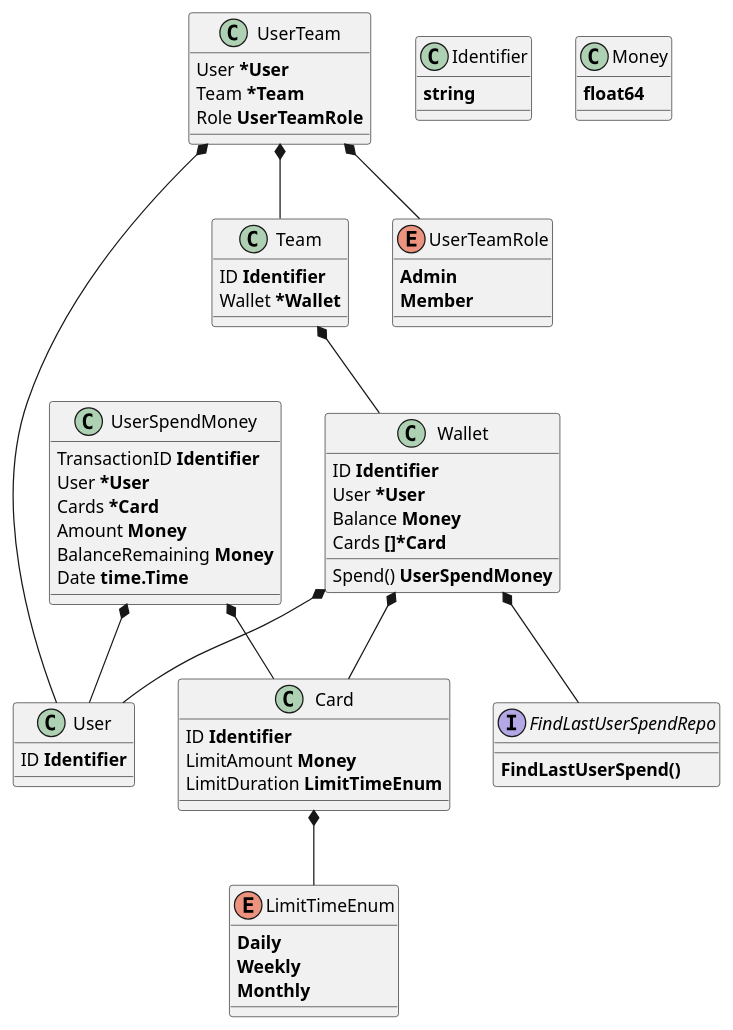
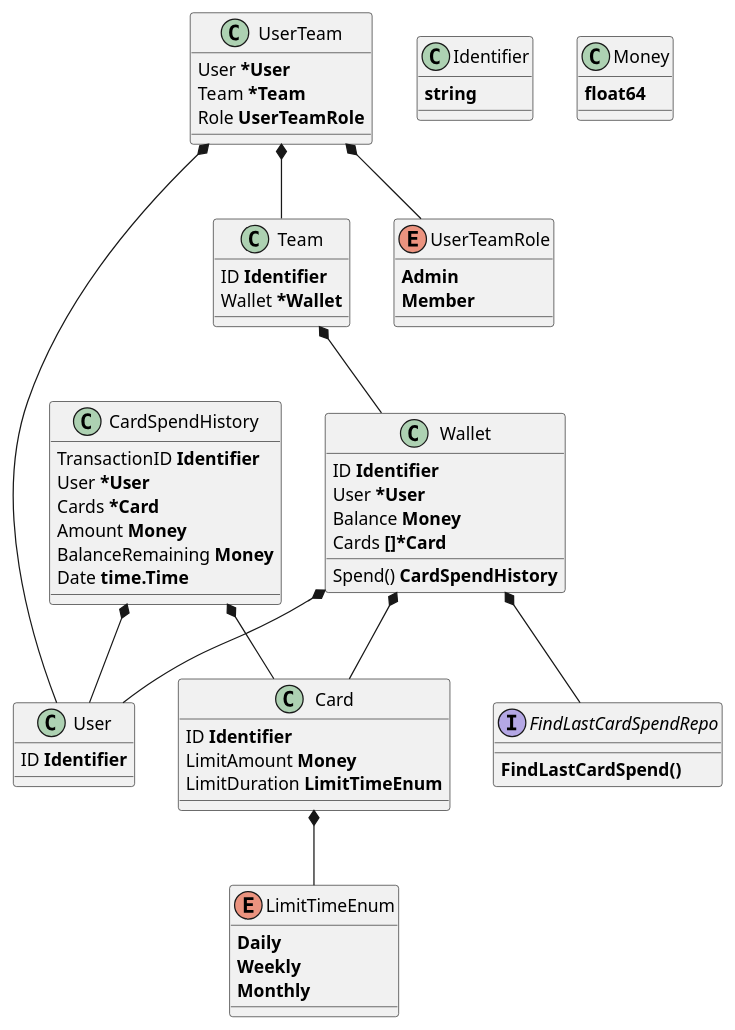
The diagram in exercise3/doc/class_diagram.puml (mirzaakhena/spenmotest), drawn with PlantUML before and after one commit. The commit also changed 4 other files, not shown here.

```diff
--- a/exercise3/doc/class_diagram.puml
+++ b/exercise3/doc/class_diagram.puml
@@ -1,79 +1,79 @@
 @startuml
 
 class User {
   {field} ID <b>Identifier</b>
 }
 
 class Wallet {
     {field} ID <b>Identifier</b>
     {field} User <b>*User</b>
     {field} Balance <b>Money</b>
     {field} Cards <b>[]*Card</b>
-    {method} Spend() <b>UserSpendMoney</b>
+    {method} Spend() <b>CardSpendHistory</b>
 }
 
 Wallet *-- User
 Wallet *-- Card
-Wallet *-- FindLastUserSpendRepo
+Wallet *-- FindLastCardSpendRepo
 
-interface FindLastUserSpendRepo {
-    {method} <b>FindLastUserSpend()</b>
+interface FindLastCardSpendRepo {
+    {method} <b>FindLastCardSpend()</b>
 }
 
 class Card {
     {field} ID <b>Identifier</b>
     {field} LimitAmount <b>Money</b>
     {field} LimitDuration <b>LimitTimeEnum</b>
 }
 
 Card *-- LimitTimeEnum
 
-class UserSpendMoney {
+class CardSpendHistory {
     {field} TransactionID <b>Identifier</b>
     {field} User <b>*User</b>
     {field} Cards <b>*Card</b>
     {field} Amount <b>Money</b>
     {field} BalanceRemaining <b>Money</b>
     {field} Date <b>time.Time</b>
 }
 
-UserSpendMoney *-- User
-UserSpendMoney *-- Card
+CardSpendHistory *-- User
+CardSpendHistory *-- Card
 
 class Team {
    {field} ID <b>Identifier</b>
    {field} Wallet <b>*Wallet</b>
 }
 
 Team *-- Wallet
 
 class UserTeam {
 	{field} User <b>*User</b>
 	{field} Team <b>*Team</b>
 	{field} Role <b>UserTeamRole</b>
 }
 
 UserTeam *-- User
 UserTeam *-- Team
 UserTeam *-- UserTeamRole
 
 class Identifier {
 	{field} <b>string</b>
 }
 
 class Money {
 	{field} <b>float64</b>
 }
 
 enum LimitTimeEnum {
     <b>Daily</b>
     <b>Weekly</b>
     <b>Monthly</b>
 }
 
 enum UserTeamRole {
     <b>Admin</b>
     <b>Member</b>
 }
 
 @enduml
```
